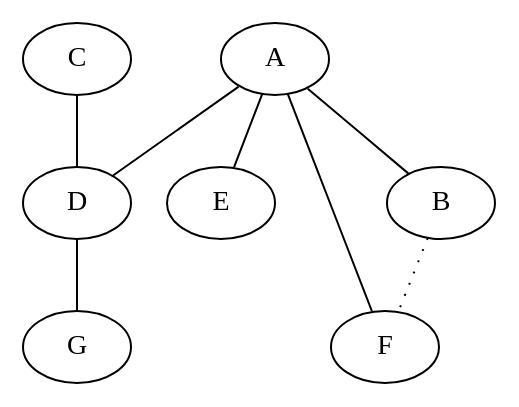
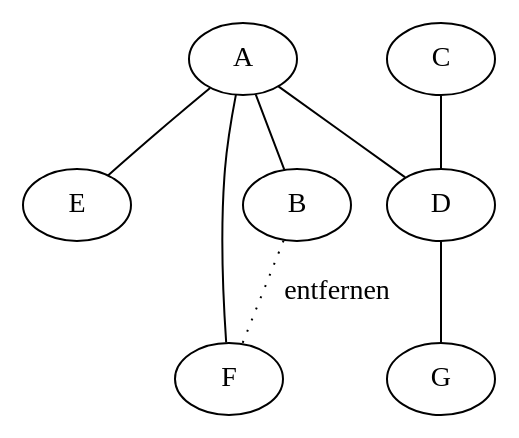
The diagram in graph/BaumKreisFix.dot (microtherion/FD1_HS13_U1_GKMN), drawn with Graphviz before and after one commit. The commit also changed 2 other files, not shown here.

```diff
--- a/graph/BaumKreisFix.dot
+++ b/graph/BaumKreisFix.dot
@@ -1,9 +1,9 @@
 graph Baum {
       A -- B
       A -- D
       C -- D
       A -- E
-      B -- F [style="dotted"]
+      B -- F [style="dotted",label="entfernen"]
       F -- A
       D -- G
 }
```
